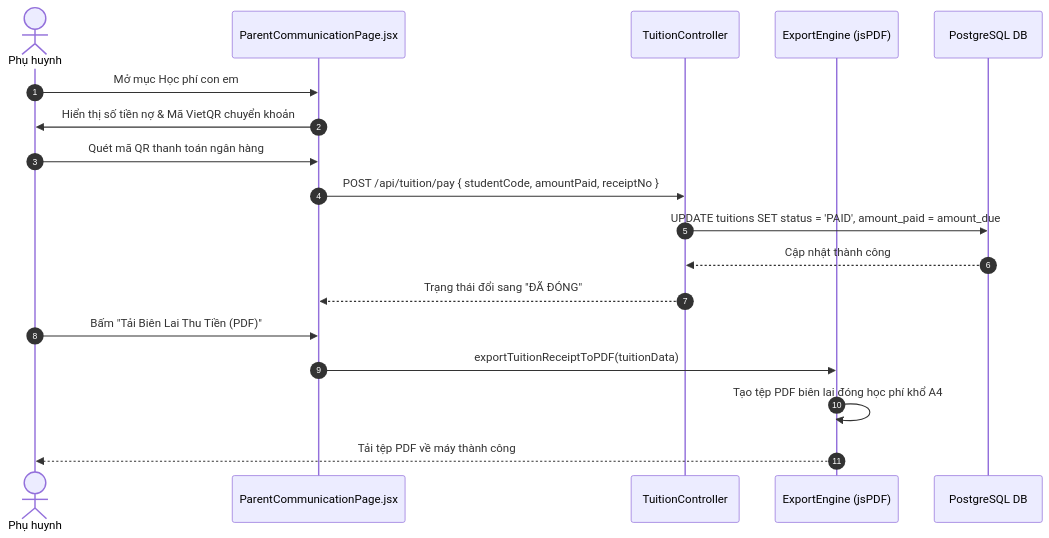
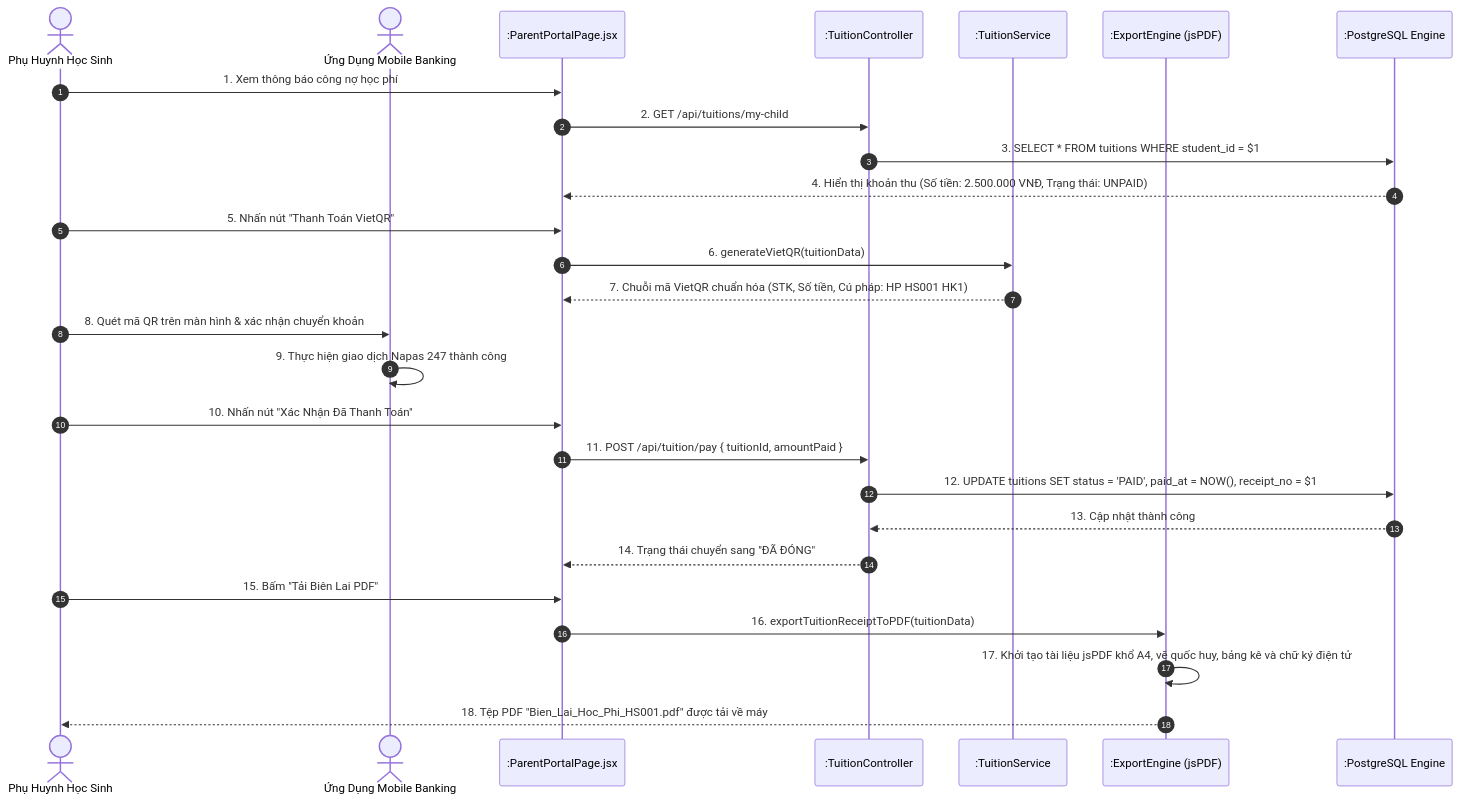
One commit to DYBInh2k5/Phat-Trien-Du-An-Phan-Mem changed the sixth of 9 diagrams in docs/UML_DIAGRAMS.md. Above: the diagram before and after it, drawn with Mermaid. The commit also changed other lines of this file and 3 other files, not shown here.

Commit message:
docs: chuan hoa tai lieu USE_CASES va UML_DIAGRAMS theo tieu chuan ky nghe phan mem RUP Cockburn va OMG UML 2.5

````diff
--- a/docs/UML_DIAGRAMS.md
+++ b/docs/UML_DIAGRAMS.md
@@ -328,22 +477,34 @@
 ```mermaid
 sequenceDiagram
     autonumber
-    actor Parent as Phụ huynh
-    participant UI as ParentCommunicationPage.jsx
-    participant Controller as TuitionController
-    participant Export as ExportEngine (jsPDF)
-    participant DB as PostgreSQL DB
+    actor Parent as Phụ Huynh Học Sinh
+    actor BankApp as Ứng Dụng Mobile Banking
+    participant View as :ParentPortalPage.jsx
+    participant Controller as :TuitionController
+    participant Service as :TuitionService
+    participant Export as :ExportEngine (jsPDF)
+    participant DB as :PostgreSQL Engine
 
-    Parent->>UI: Mở mục Học phí con em
-    UI->>Parent: Hiển thị số tiền nợ & Mã VietQR chuyển khoản
-    Parent->>UI: Quét mã QR thanh toán ngân hàng
-    UI->>Controller: POST /api/tuition/pay { studentCode, amountPaid, receiptNo }
-    Controller->>DB: UPDATE tuitions SET status = 'PAID', amount_paid = amount_due
-    DB-->>Controller: Cập nhật thành công
-    Controller-->>UI: Trạng thái đổi sang "ĐÃ ĐÓNG"
+    Parent->>View: 1. Xem thông báo công nợ học phí
+    View->>Controller: 2. GET /api/tuitions/my-child
+    Controller->>DB: 3. SELECT * FROM tuitions WHERE student_id = $1
+    DB-->>View: 4. Hiển thị khoản thu (Số tiền: 2.500.000 VNĐ, Trạng thái: UNPAID)
     
-    Parent->>UI: Bấm "Tải Biên Lai Thu Tiền (PDF)"
-    UI->>Export: exportTuitionReceiptToPDF(tuitionData)
-    Export->>Export: Tạo tệp PDF biên lai đóng học phí khổ A4
-    Export-->>Parent: Tải tệp PDF về máy thành công
+    Parent->>View: 5. Nhấn nút "Thanh Toán VietQR"
+    View->>Service: 6. generateVietQR(tuitionData)
+    Service-->>View: 7. Chuỗi mã VietQR chuẩn hóa (STK, Số tiền, Cú pháp: HP HS001 HK1)
+    
+    Parent->>BankApp: 8. Quét mã QR trên màn hình & xác nhận chuyển khoản
+    BankApp->>BankApp: 9. Thực hiện giao dịch Napas 247 thành công
+    
+    Parent->>View: 10. Nhấn nút "Xác Nhận Đã Thanh Toán"
+    View->>Controller: 11. POST /api/tuition/pay { tuitionId, amountPaid }
+    Controller->>DB: 12. UPDATE tuitions SET status = 'PAID', paid_at = NOW(), receipt_no = $1
+    DB-->>Controller: 13. Cập nhật thành công
+    Controller-->>View: 14. Trạng thái chuyển sang "ĐÃ ĐÓNG"
+    
+    Parent->>View: 15. Bấm "Tải Biên Lai PDF"
+    View->>Export: 16. exportTuitionReceiptToPDF(tuitionData)
+    Export->>Export: 17. Khởi tạo tài liệu jsPDF khổ A4, vẽ quốc huy, bảng kê và chữ ký điện tử
+    Export-->>Parent: 18. Tệp PDF "Bien_Lai_Hoc_Phi_HS001.pdf" được tải về máy
 ```
````
